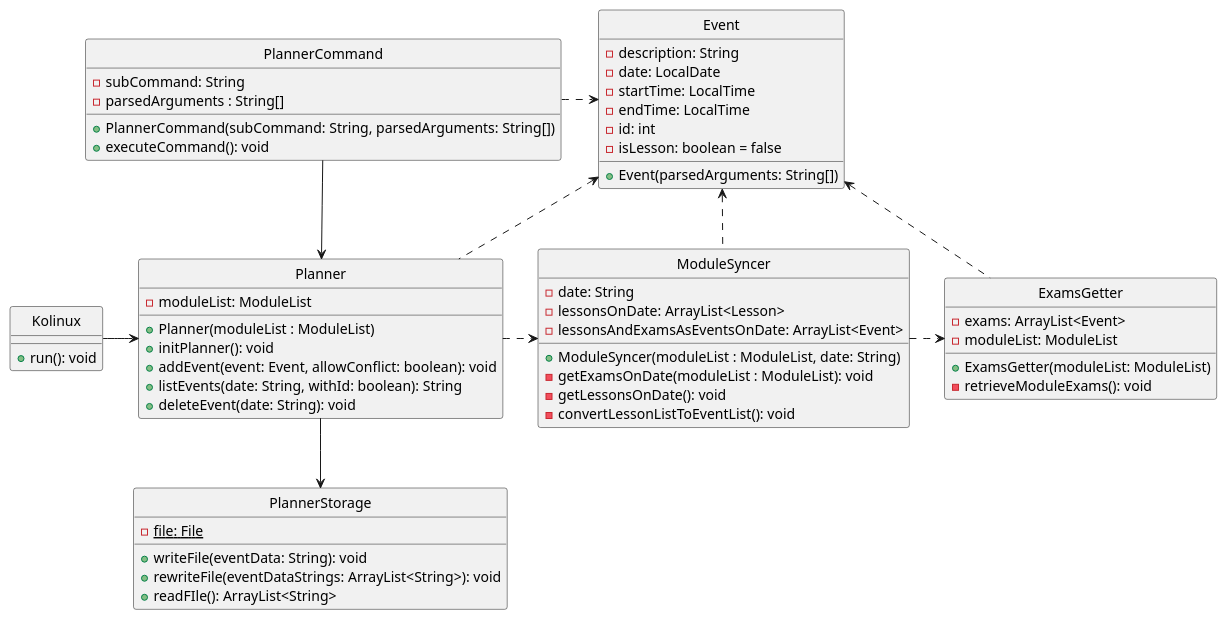
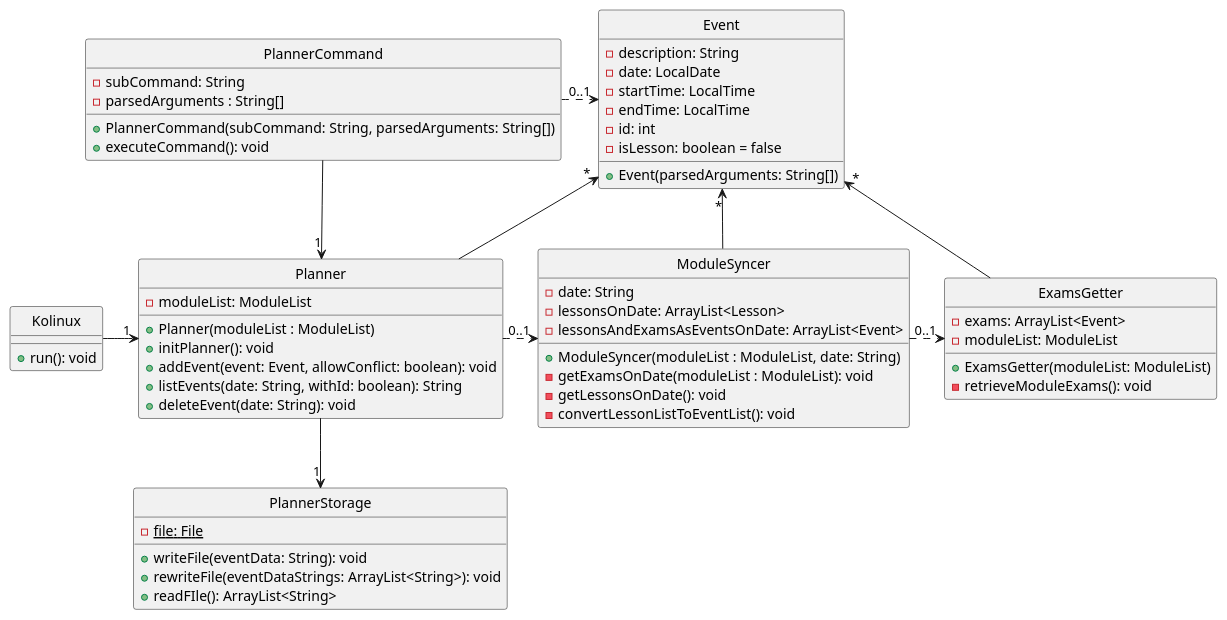
Before and after one commit to shyamgj1900/tp: the diagram in docs/assets/plantuml/PlannerClassDiagram.puml, drawn with PlantUML.

Commit message:
add multiplicities to planner class diagram

```diff
--- a/docs/assets/plantuml/PlannerClassDiagram.puml
+++ b/docs/assets/plantuml/PlannerClassDiagram.puml
@@ -1,70 +1,70 @@
 @startuml
 'https://plantuml.com/class-diagram
 
 hide circle
 
 class PlannerCommand {
     - subCommand: String
     - parsedArguments : String[]
     + PlannerCommand(subCommand: String, parsedArguments: String[])
     + executeCommand(): void
 }
 
 class Kolinux {
     + run(): void
 }
 
 class Planner {
     - moduleList: ModuleList
     + Planner(moduleList : ModuleList)
     + initPlanner(): void
     + addEvent(event: Event, allowConflict: boolean): void
     + listEvents(date: String, withId: boolean): String
     + deleteEvent(date: String): void
 }
 
 class Event {
     - description: String
     - date: LocalDate
     - startTime: LocalTime
     - endTime: LocalTime
     - id: int
     - isLesson: boolean = false
     + Event(parsedArguments: String[])
 }
 
 class PlannerStorage {
     - {static} file: File
     + writeFile(eventData: String): void
     + rewriteFile(eventDataStrings: ArrayList<String>): void
     + readFIle(): ArrayList<String>
 }
 
 class ModuleSyncer {
     - date: String
     - lessonsOnDate: ArrayList<Lesson>
     - lessonsAndExamsAsEventsOnDate: ArrayList<Event>
     + ModuleSyncer(moduleList : ModuleList, date: String)
     - getExamsOnDate(moduleList : ModuleList): void
     - getLessonsOnDate(): void
     - convertLessonListToEventList(): void
 }
 
 class ExamsGetter {
     - exams: ArrayList<Event>
     - moduleList: ModuleList
     + ExamsGetter(moduleList: ModuleList)
     - retrieveModuleExams(): void
 }
 
-PlannerCommand --> Planner
-Kolinux -> Planner
-Planner --> PlannerStorage
-Planner .> ModuleSyncer
-ModuleSyncer .> ExamsGetter
-PlannerCommand .> Event
-Event <.. ModuleSyncer
-Event <.. ExamsGetter
-Event <.. Planner
+PlannerCommand --> "1" Planner
+Kolinux -> "1" Planner
+Planner --> "1" PlannerStorage
+Planner .> "0..1" ModuleSyncer
+ModuleSyncer .> "0..1" ExamsGetter
+PlannerCommand .> "0..1" Event
+Event "*" <-- ModuleSyncer
+Event "*" <-- ExamsGetter
+Event "*" <- Planner
 
 @enduml
```
